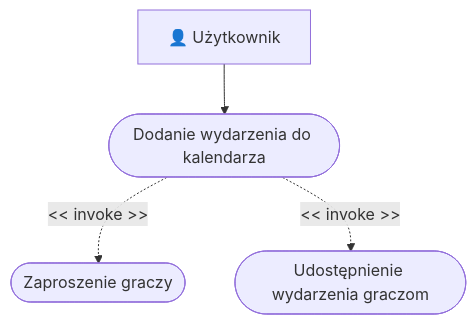
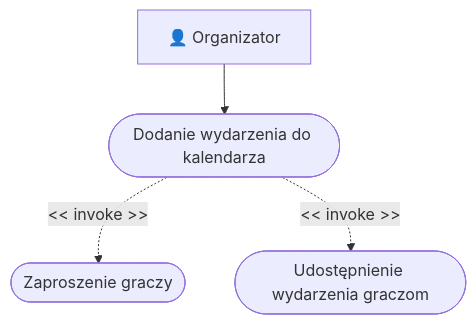
Before and after one commit to lzajka/project_iwo: the diagram in olaf_smolenski.md, drawn with Mermaid. The commit also changed other lines of this file, not shown here.

````diff
--- a/olaf_smolenski.md
+++ b/olaf_smolenski.md
@@ -1,11 +1,11 @@
 ```mermaid
 flowchart TD
-    User[👤 Użytkownik]
+    User[👤 Organizator]
     A([Dodanie wydarzenia do kalendarza])
     B([Zaproszenie graczy])
     C([Udostępnienie wydarzenia graczom])
 
     User-->A
     A-.->|<< invoke >>|B
     A-.->|<< invoke >>|C
 ```
````
